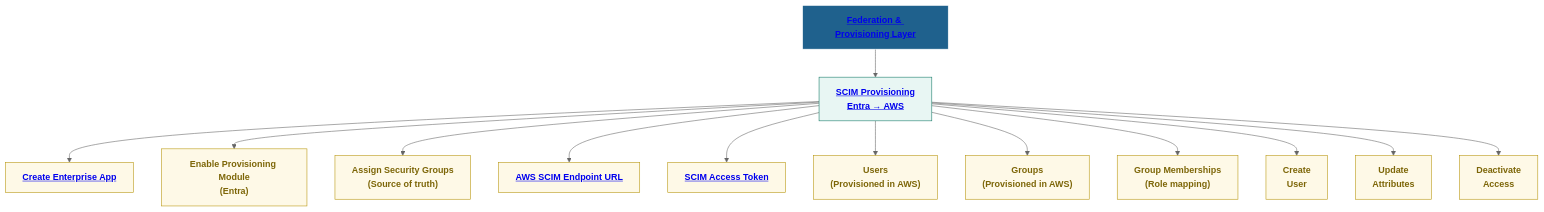
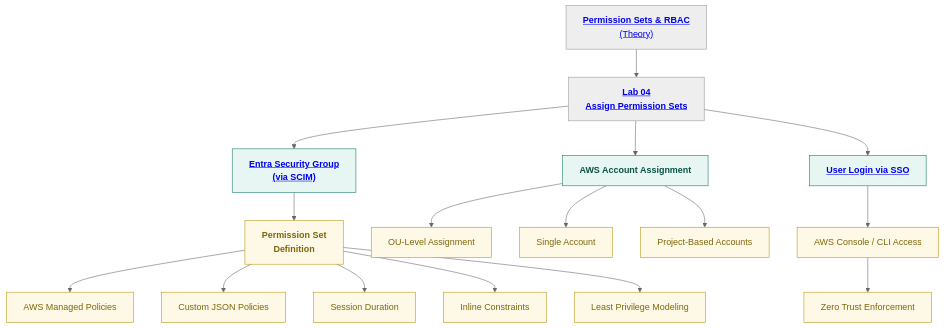
The diagram in labs/04-permission-sets.md (S3curethecloud/multi-cloud-Identity-aws-entra), drawn with Mermaid (neutral theme) before and after one commit. The commit also changed other lines of this file, not shown here.

````diff
--- a/labs/04-permission-sets.md
+++ b/labs/04-permission-sets.md
@@ -44,32 +39,31 @@
 ```mermaid
 flowchart TD
+
 %% ROOT
-A["<a href='../theory/04-federation-theory.md'><b>Federation & Provisioning Layer</b></a>"] --> B["<a href='../labs/03-scim-provisioning.md'><b>SCIM Provisioning</b><br/>Entra → AWS</a>"]
+A["<a href='../theory/06-permission-sets-rbac.md'><b>Permission Sets & RBAC</b><br/>(Theory)</a>"] --> B["<a href='../labs/04-permission-sets.md'><b>Lab 04<br/>Assign Permission Sets</b></a>"]
 
-%% ENTRA SETUP
-B --> C1["<a href='https://entra.microsoft.com'>Create Enterprise App</a>"]
-B --> C2["Enable Provisioning Module<br/>(Entra)"]
-B --> C3["Assign Security Groups<br/>(Source of truth)"]
+%% GROUP → PERMISSION SET
+B --> C1["<a href='../labs/03-scim-provisioning.md'>Entra Security Group<br/>(via SCIM)</a>"]:::step
+C1 --> C2["<b>Permission Set<br/>Definition</b>"]:::item
 
-%% SCIM CONFIG VALUES
-B --> D1["<a href='../labs/01-aws-identity-center.md'>AWS SCIM Endpoint URL</a>"]
-B --> D2["<a href='../labs/01-aws-identity-center.md'>SCIM Access Token</a>"]
+%% PERMISSION SET DETAILS
+C2 --> P1["AWS Managed Policies"]:::item
+C2 --> P2["Custom JSON Policies"]:::item
+C2 --> P3["Session Duration"]:::item
+C2 --> P4["Inline Constraints"]:::item
+C2 --> P5["Least Privilege Modeling"]:::item
 
-%% AWS RECEIVES OBJECTS
-B --> E1["Users<br/>(Provisioned in AWS)"]
-B --> E2["Groups<br/>(Provisioned in AWS)"]
-B --> E3["Group Memberships<br/>(Role mapping)"]
+%% ACCOUNT ASSIGNMENT
+B --> D1["<b>AWS Account Assignment</b>"]:::step
+D1 --> D2["OU-Level Assignment"]:::item
+D1 --> D3["Single Account"]:::item
+D1 --> D4["Project-Based Accounts"]:::item
 
-%% IDENTITY LIFECYCLE
-B --> F1["Create<br/>User"] 
-B --> F2["Update<br/>Attributes"] 
-B --> F3["Deactivate<br/>Access"]
+%% LOGIN
+B --> E1["<a href='../labs/01-aws-identity-center.md'>User Login via SSO</a>"]:::step
+E1 --> E2["AWS Console / CLI Access"]:::item
+E2 --> E3["Zero Trust Enforcement"]:::item
 
-%% STYLE
-classDef root fill:#1F618D,stroke:#fff,color:white,font-weight:bold;
-classDef step fill:#E8F6F3,stroke:#117864,color:#0B5345;
+classDef step fill:#E8F6F3,stroke:#117864,color:#0B5345,font-weight:bold;
 classDef item fill:#FEF9E7,stroke:#B7950B,color:#7D6608;
-class A root;
-class B step;
-class C1,C2,C3,D1,D2,E1,E2,E3,F1,F2,F3 item;
 ```
````
